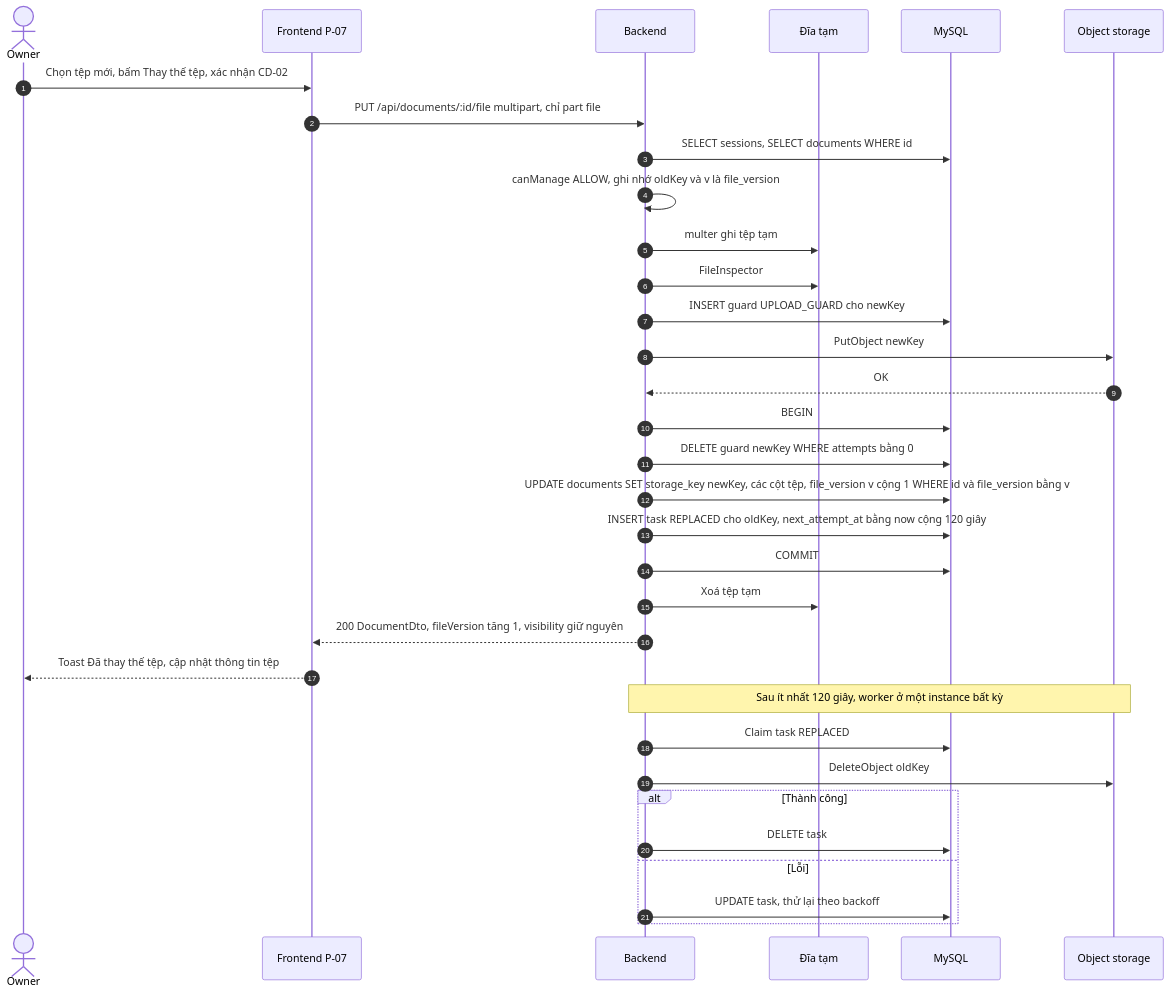
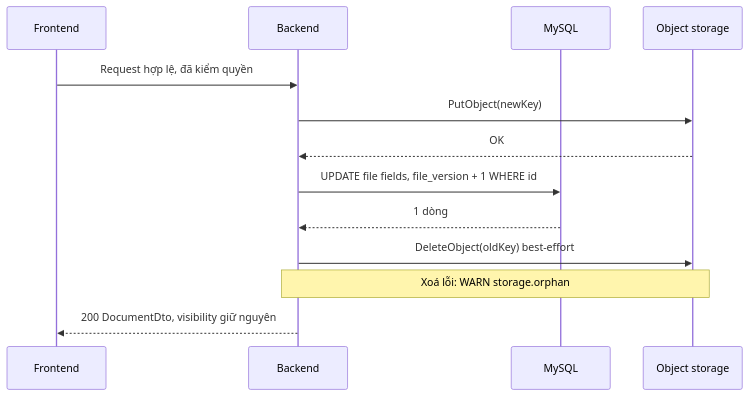
Diagram 36 of 38 in docs/ARCHITECTURE.md (august0362/btl_cloud), drawn with Mermaid before and after one commit. The commit also changed other lines of this file and 1 other file, not shown here.

````diff
--- a/docs/ARCHITECTURE.md
+++ b/docs/ARCHITECTURE.md
@@ -2337,35 +2161,15 @@
 ```mermaid
 sequenceDiagram
-  autonumber
-  actor U as Owner
-  participant FE as Frontend P-07
+  participant FE as Frontend
   participant BE as Backend
-  participant TMP as Đĩa tạm
   participant DB as MySQL
   participant OS as Object storage
-  U->>FE: Chọn tệp mới, bấm Thay thế tệp, xác nhận CD-02
-  FE->>BE: PUT /api/documents/:id/file multipart, chỉ part file
-  BE->>DB: SELECT sessions, SELECT documents WHERE id
-  BE->>BE: canManage ALLOW, ghi nhớ oldKey và v là file_version
-  BE->>TMP: multer ghi tệp tạm
-  BE->>TMP: FileInspector
-  BE->>DB: INSERT guard UPLOAD_GUARD cho newKey
-  BE->>OS: PutObject newKey
+  FE->>BE: Request hợp lệ, đã kiểm quyền
+  BE->>OS: PutObject(newKey)
   OS-->>BE: OK
-  BE->>DB: BEGIN
-  BE->>DB: DELETE guard newKey WHERE attempts bằng 0
-  BE->>DB: UPDATE documents SET storage_key newKey, các cột tệp, file_version v cộng 1 WHERE id và file_version bằng v
-  BE->>DB: INSERT task REPLACED cho oldKey, next_attempt_at bằng now cộng 120 giây
-  BE->>DB: COMMIT
-  BE->>TMP: Xoá tệp tạm
-  BE-->>FE: 200 DocumentDto, fileVersion tăng 1, visibility giữ nguyên
-  FE-->>U: Toast Đã thay thế tệp, cập nhật thông tin tệp
-  Note over BE,OS: Sau ít nhất 120 giây, worker ở một instance bất kỳ
-  BE->>DB: Claim task REPLACED
-  BE->>OS: DeleteObject oldKey
-  alt Thành công
-    BE->>DB: DELETE task
-  else Lỗi
-    BE->>DB: UPDATE task, thử lại theo backoff
-  end
+  BE->>DB: UPDATE file fields, file_version + 1 WHERE id
+  DB-->>BE: 1 dòng
+  BE->>OS: DeleteObject(oldKey) best-effort
+  Note over BE,OS: Xoá lỗi: WARN storage.orphan
+  BE-->>FE: 200 DocumentDto, visibility giữ nguyên
 ```
````
